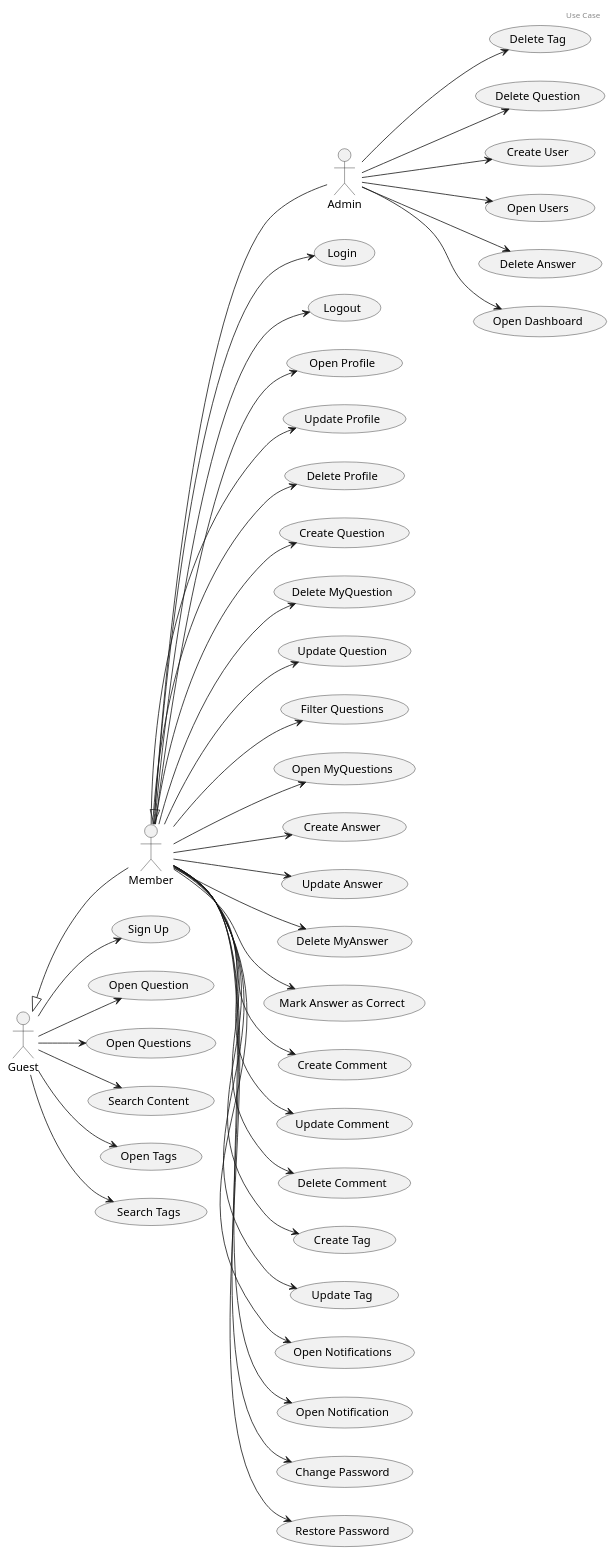
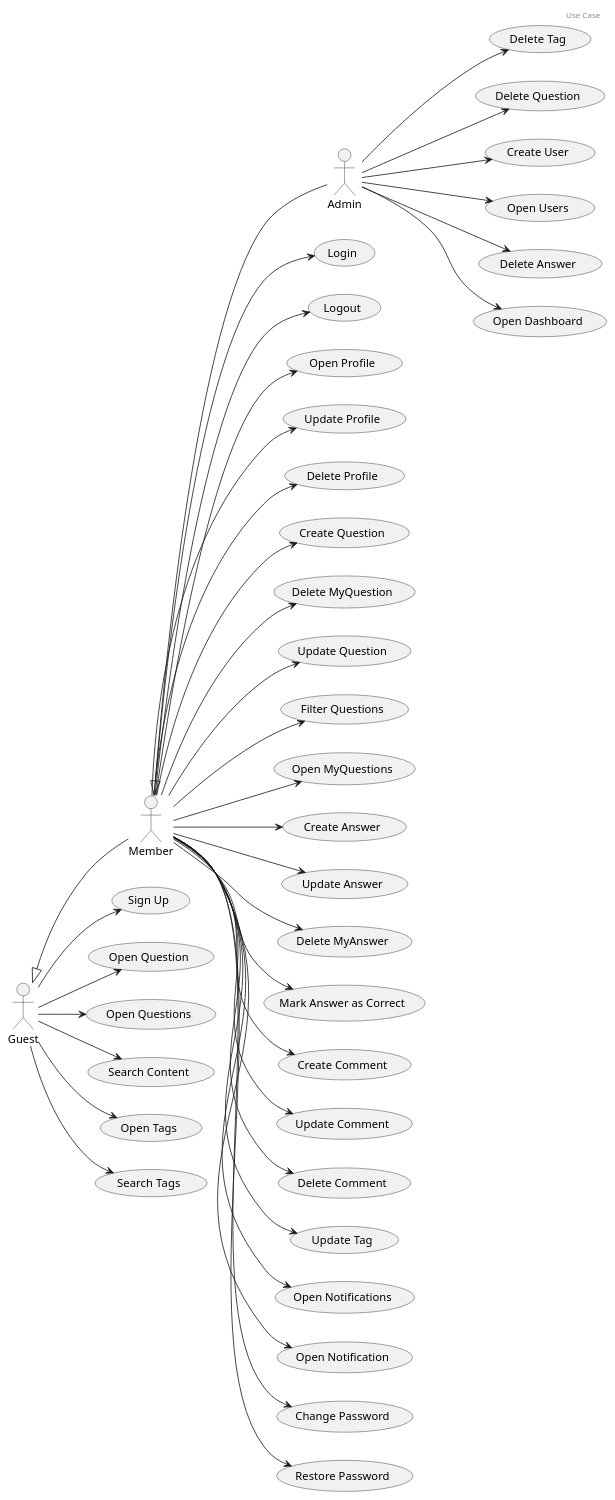
The diagram in src/main/resources/templates/useCases/useCases.plantuml (rafaelacirino/miw-backend-foro), drawn with PlantUML before and after one commit.

Commit message:
update member use case

```diff
--- a/src/main/resources/templates/useCases/useCases.plantuml
+++ b/src/main/resources/templates/useCases/useCases.plantuml
@@ -1,88 +1,86 @@
 @startuml
 
 header Use Case
 
 actor Guest
 actor Member
 actor Admin
 
 Guest <|-down- Member
 Member <|-down- Admin
 
 left to right direction
 
 (Login) as UC1
 (Logout) as UC2
 (Sign Up) as UC3
 (Open Profile) as UC4
 (Update Profile) as UC5
 (Delete Profile) as UC6
 (Open Question) as UC7
 (Create Question) as UC8
 (Delete MyQuestion) as UC9
 (Update Question) as UC10
 (Open Questions) as UC11
 (Filter Questions) as UC12
 (Open MyQuestions) as UC13
 (Create Answer) as UC14
 (Update Answer) as UC15
 (Delete MyAnswer) as UC16
 (Mark Answer as Correct) as UC17
 (Create Comment) as UC18
 (Update Comment) as UC19
 (Delete Comment) as UC20
-(Create Tag) as UC21
 (Update Tag) as UC22
 (Delete Tag) as UC24
 (Search Content) as UC25
 (Open Tags) as UC26
 (Search Tags) as UC27
 (Delete Question) as UC28
 (Create User) as UC29
 (Open Users) as UC30
 (Delete Answer) as UC31
 (Open Notifications) as UC33
 (Open Notification) as UC34
 (Open Dashboard) as UC35
 (Change Password) as UC36
 (Restore Password) as UC37
 
 Guest --> UC7
 Guest --> UC11
 Guest --> UC25
 Guest --> UC26
 Guest --> UC27
 Guest --> UC3
 
 Member --> UC1
 Member --> UC2
 Member --> UC4
 Member --> UC5
 Member --> UC6
 Member --> UC8
 Member --> UC9
 Member --> UC10
 Member --> UC12
 Member --> UC13
 Member --> UC14
 Member --> UC15
 Member --> UC16
 Member --> UC17
 Member --> UC18
 Member --> UC19
 Member --> UC20
-Member --> UC21
 Member --> UC22
 Member --> UC33
 Member --> UC34
 Member --> UC36
 Member --> UC37
 
 Admin --> UC24
 Admin --> UC28
 Admin --> UC29
 Admin --> UC30
 Admin --> UC31
 Admin --> UC35
 
 @enduml
```
